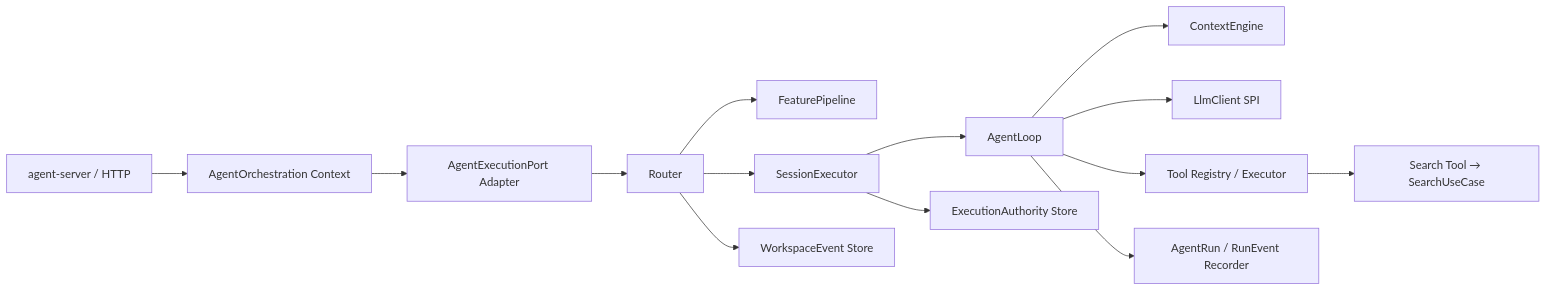
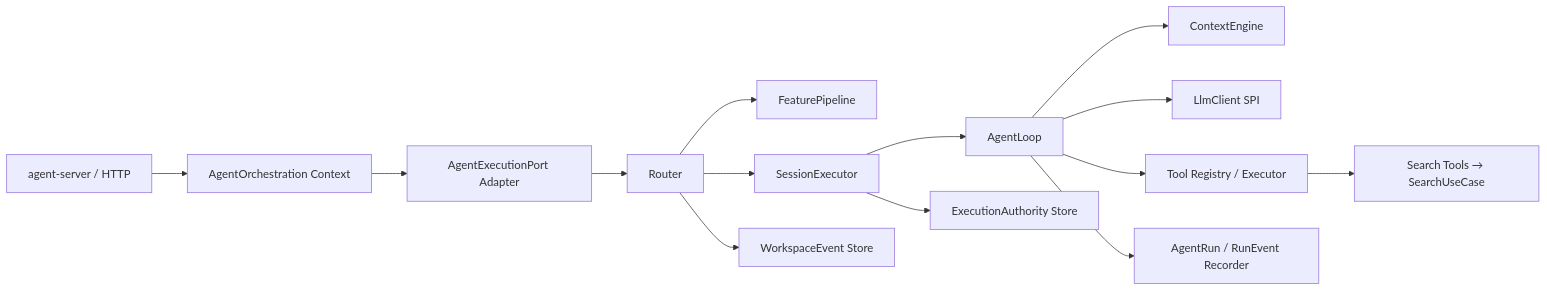
Before and after one commit to xhfabn/seekFlux: the first of 2 diagrams in docs/agent-runtime.md, drawn with Mermaid. The commit also changed other lines of this file and 71 other files, not shown here.

````diff
--- a/docs/agent-runtime.md
+++ b/docs/agent-runtime.md
@@ -13,16 +13,16 @@
 ```mermaid
 flowchart LR
     API["agent-server / HTTP"] --> AO["AgentOrchestration Context"]
     AO --> ADAPTER["AgentExecutionPort Adapter"]
     ADAPTER --> ROUTER["Router"]
     ROUTER --> PIPE["FeaturePipeline"]
     ROUTER --> EXEC["SessionExecutor"]
     EXEC --> LOOP["AgentLoop"]
     LOOP --> CTX["ContextEngine"]
     LOOP --> LLM["LlmClient SPI"]
     LOOP --> TOOLS["Tool Registry / Executor"]
-    TOOLS --> SEARCH["Search Tool → SearchUseCase"]
+    TOOLS --> SEARCH["Search Tools → SearchUseCase"]
     ROUTER --> SESSION["WorkspaceEvent Store"]
     LOOP --> RUNS["AgentRun / RunEvent Recorder"]
     EXEC --> AUTH["ExecutionAuthority Store"]
 ```
````
